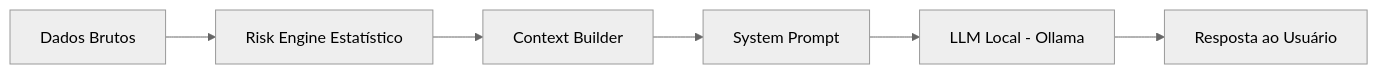
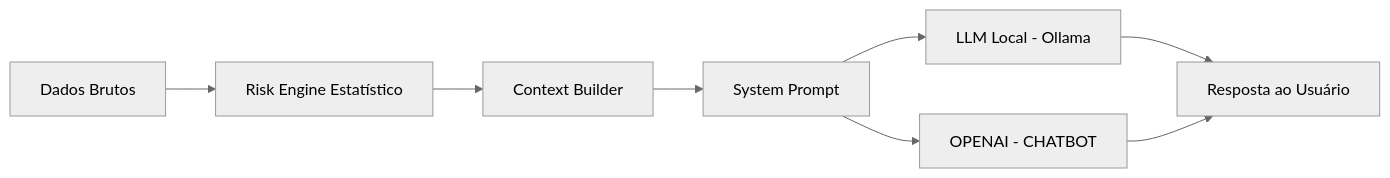
One commit to JacksonvBarbosa/fortis-o-guardiao-financeiro changed the diagram in README.md. Above: the diagram before and after it, drawn with Mermaid (neutral theme). The commit also changed other lines of this file and 2 other files, not shown here.

````diff
--- a/README.md
+++ b/README.md
@@ -38,8 +38,10 @@
 ```mermaid
 flowchart LR
     A[Dados Brutos] --> B[Risk Engine Estatístico]
     B --> C[Context Builder]
     C --> D[System Prompt]
     D --> E[LLM Local - Ollama]
+    D --> G[OPENAI - CHATBOT]
     E --> F[Resposta ao Usuário]
+    G --> F[Resposta ao Usuário]
 ```
````
